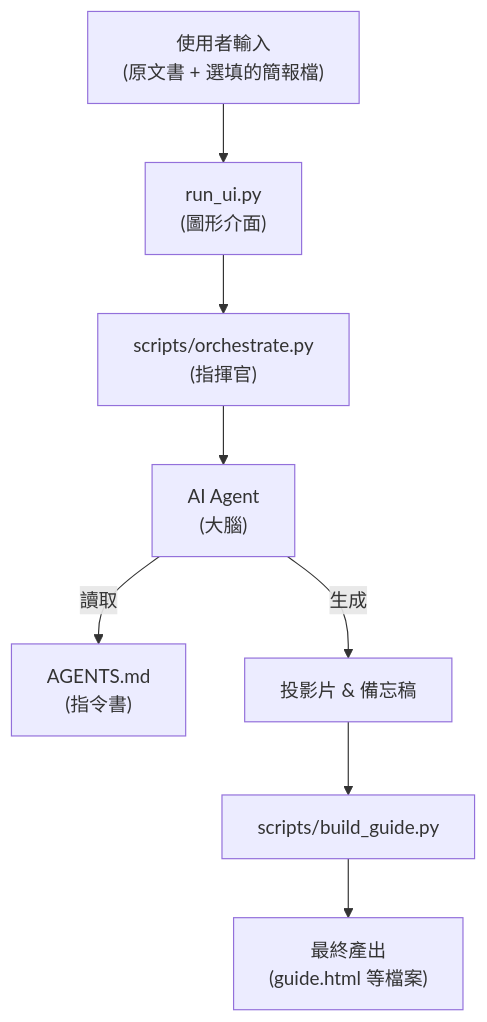
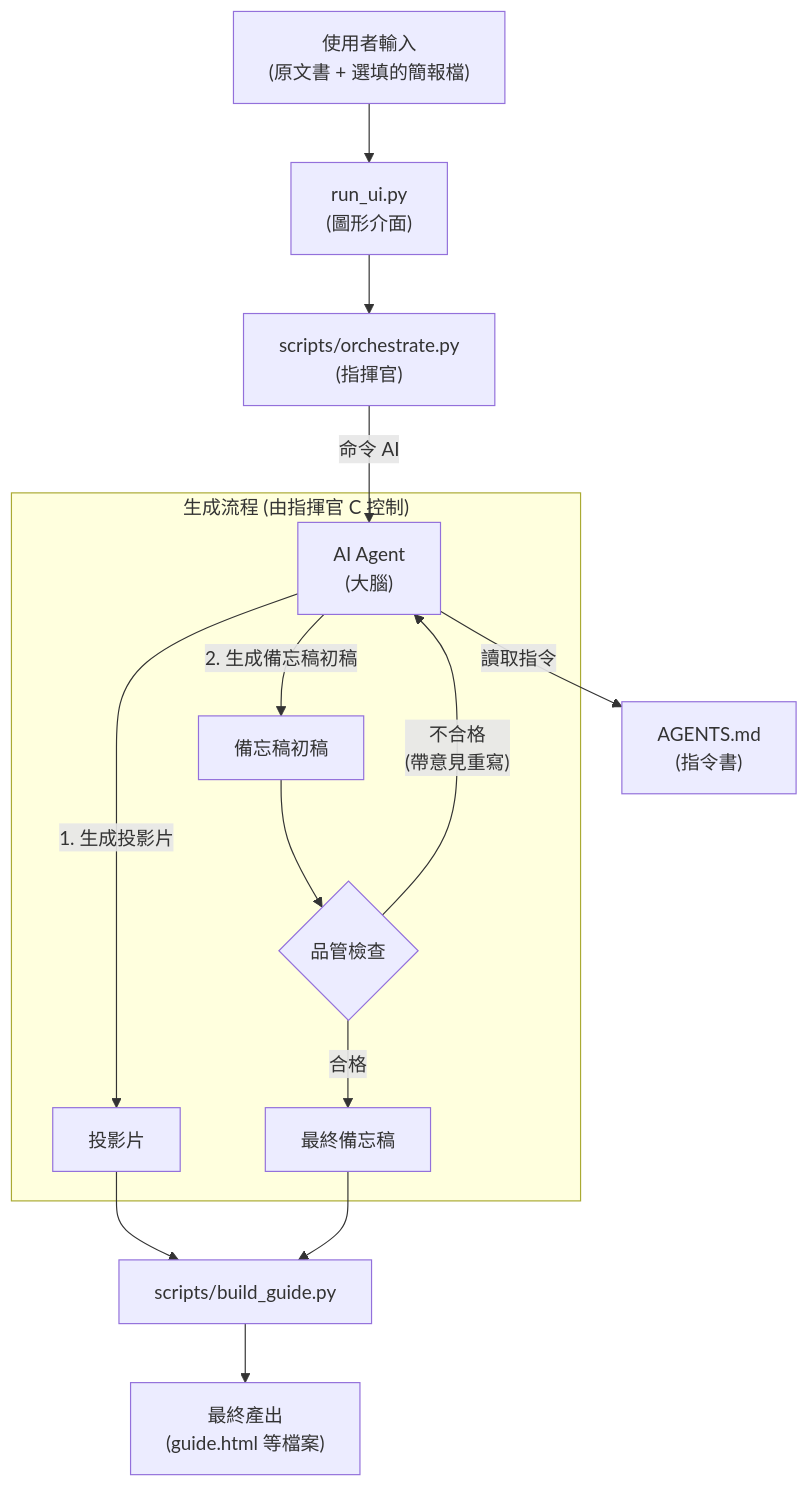
Before and after one commit to Chiakai-Chang/PPTPlaner: the diagram in README.md, drawn with Mermaid.

Commit message:
(Fix)流程圖也加入品管的部分

````diff
--- a/README.md
+++ b/README.md
@@ -96,10 +96,21 @@
 ```mermaid
 flowchart TD
     A["使用者輸入<br>(原文書 + 選填的簡報檔)"] --> B["run_ui.py<br>(圖形介面)"]
     B --> C["scripts/orchestrate.py<br>(指揮官)"]
-    C --> D["AI Agent<br>(大腦)"]
-    D -- 讀取 --> E["AGENTS.md<br>(指令書)"]
-    D -- 生成 --> F["投影片 & 備忘稿"]
-    F --> G["scripts/build_guide.py"]
-    G --> H["最終產出<br>(guide.html 等檔案)"]
+    
+    C -- "命令 AI" --> D["AI Agent<br>(大腦)"]
+    D -- "讀取指令" --> E["AGENTS.md<br>(指令書)"]
+
+    subgraph "生成流程 (由指揮官 C 控制)"
+        D -- "1. 生成投影片" --> S["投影片"]
+        D -- "2. 生成備忘稿初稿" --> M1["備忘稿初稿"]
+        M1 --> V{品管檢查}
+        V -- "合格" --> M2["最終備忘稿"]
+        V -- "不合格<br>(帶意見重寫)" --> D
+    end
+
+    S --> G
+    M2 --> G
+    
+    G["scripts/build_guide.py"] --> H["最終產出<br>(guide.html 等檔案)"]
 ```
````
